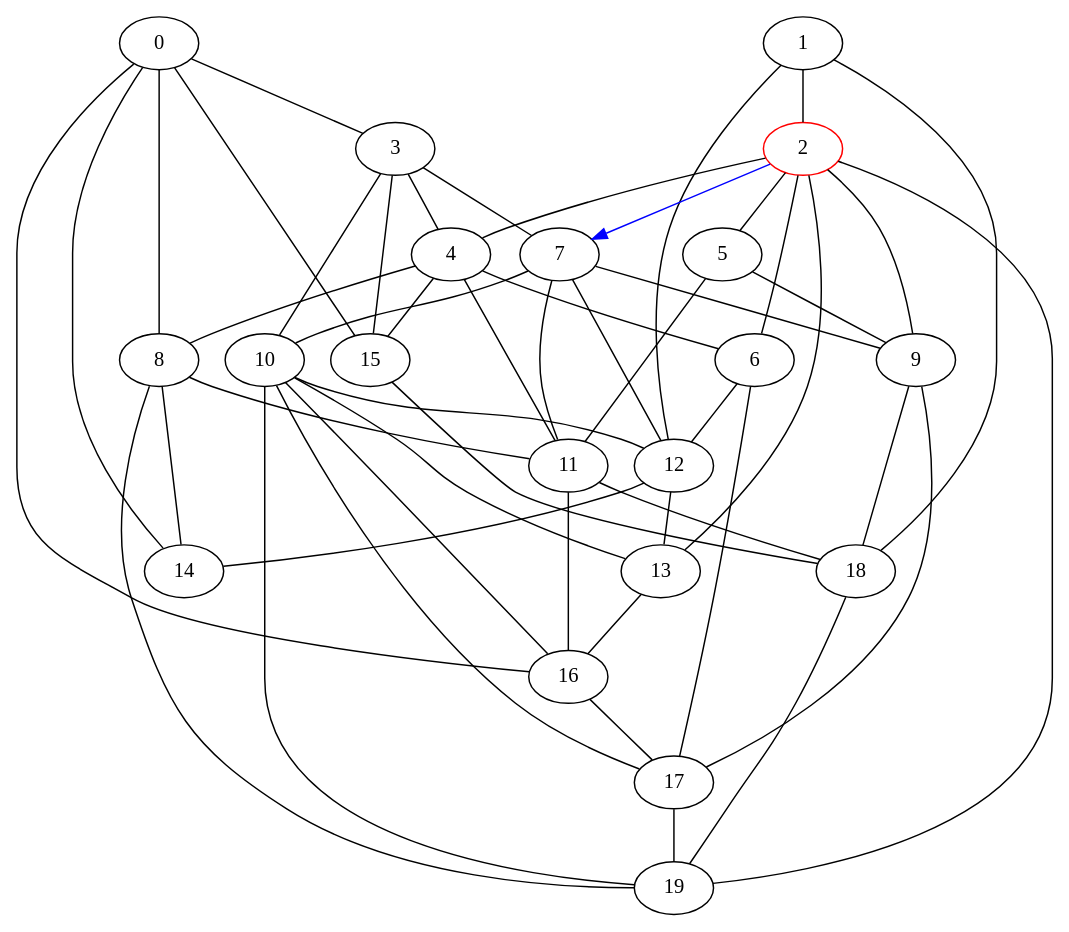
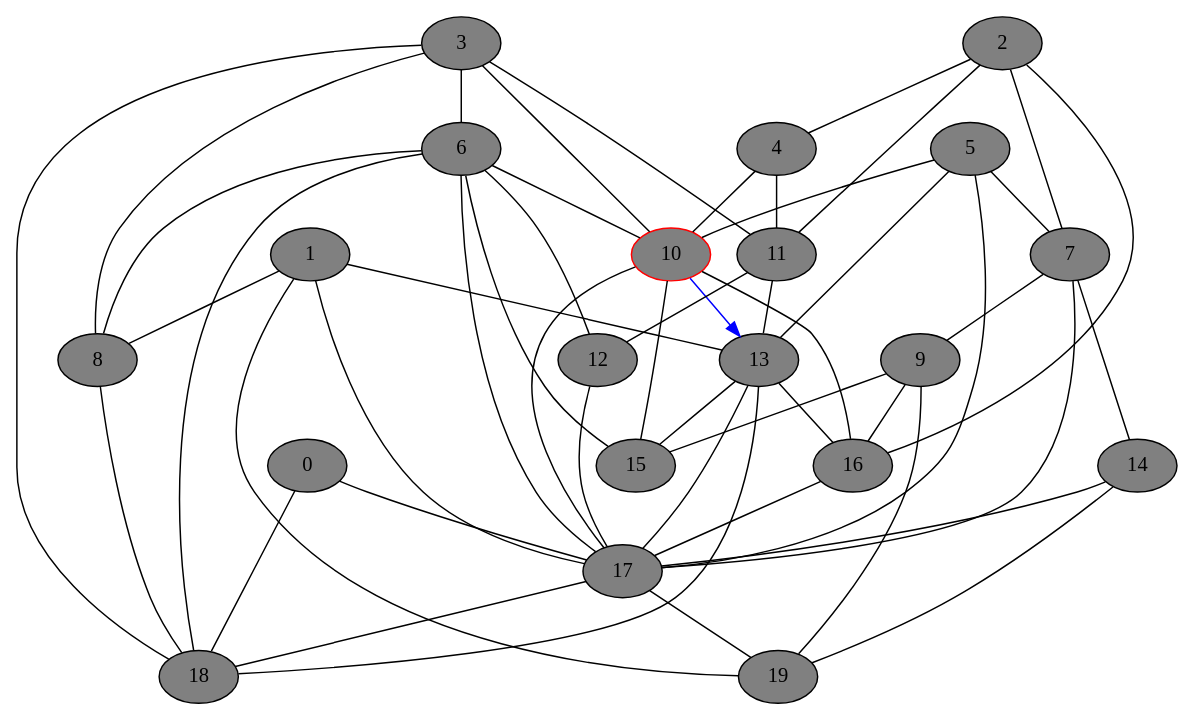
Before and after one commit to DSMishler/EBA_models: the diagram in gv_graphs/nxt0214.dot, drawn with Graphviz. The commit also changed 1043 other files, not shown here.

Commit message:
second set of graphs

```diff
--- a/gv_graphs/nxt0214.dot
+++ b/gv_graphs/nxt0214.dot
@@ -1,74 +1,74 @@
 // network test graph
 digraph
 {
-	0 [fillcolor=gray,style=shaded,]
-	1 [fillcolor=gray,style=shaded,]
-	2 [fillcolor=gray,style=shaded,color=red,]
-	3 [fillcolor=gray,style=shaded,]
-	4 [fillcolor=gray,style=shaded,]
-	5 [fillcolor=gray,style=shaded,]
-	6 [fillcolor=gray,style=shaded,]
-	7 [fillcolor=gray,style=shaded,]
-	8 [fillcolor=gray,style=shaded,]
-	9 [fillcolor=gray,style=shaded,]
-	10 [fillcolor=gray,style=shaded,]
-	11 [fillcolor=gray,style=shaded,]
-	12 [fillcolor=gray,style=shaded,]
-	13 [fillcolor=gray,style=shaded,]
-	14 [fillcolor=gray,style=shaded,]
-	15 [fillcolor=gray,style=shaded,]
-	16 [fillcolor=gray,style=shaded,]
-	17 [fillcolor=gray,style=shaded,]
-	18 [fillcolor=gray,style=shaded,]
-	19 [fillcolor=gray,style=shaded,]
-	0 -> 3 [dir=none]
-	0 -> 8 [dir=none]
-	0 -> 14 [dir=none]
-	0 -> 15 [dir=none]
-	0 -> 16 [dir=none]
-	1 -> 2 [dir=none]
-	1 -> 12 [dir=none]
-	1 -> 18 [dir=none]
+	0 [fillcolor=gray,style=filled,]
+	1 [fillcolor=gray,style=filled,]
+	2 [fillcolor=gray,style=filled,]
+	3 [fillcolor=gray,style=filled,]
+	4 [fillcolor=gray,style=filled,]
+	5 [fillcolor=gray,style=filled,]
+	6 [fillcolor=gray,style=filled,]
+	7 [fillcolor=gray,style=filled,]
+	8 [fillcolor=gray,style=filled,]
+	9 [fillcolor=gray,style=filled,]
+	10 [fillcolor=gray,style=filled,color=red,]
+	11 [fillcolor=gray,style=filled,]
+	12 [fillcolor=gray,style=filled,]
+	13 [fillcolor=gray,style=filled,]
+	14 [fillcolor=gray,style=filled,]
+	15 [fillcolor=gray,style=filled,]
+	16 [fillcolor=gray,style=filled,]
+	17 [fillcolor=gray,style=filled,]
+	18 [fillcolor=gray,style=filled,]
+	19 [fillcolor=gray,style=filled,]
+	0 -> 17 [dir=none]
+	0 -> 18 [dir=none]
+	1 -> 8 [dir=none]
+	1 -> 13 [dir=none]
+	1 -> 17 [dir=none]
+	1 -> 19 [dir=none]
 	2 -> 4 [dir=none]
-	2 -> 5 [dir=none]
-	2 -> 6 [dir=none]
-	2 -> 7 [dir=forward,color=blue,]
-	2 -> 9 [dir=none]
-	2 -> 13 [dir=none]
-	2 -> 19 [dir=none]
-	3 -> 4 [dir=none]
-	3 -> 7 [dir=none]
+	2 -> 7 [dir=none]
+	2 -> 11 [dir=none]
+	2 -> 16 [dir=none]
+	3 -> 6 [dir=none]
+	3 -> 8 [dir=none]
 	3 -> 10 [dir=none]
-	3 -> 15 [dir=none]
-	4 -> 6 [dir=none]
-	4 -> 8 [dir=none]
+	3 -> 11 [dir=none]
+	3 -> 18 [dir=none]
+	4 -> 10 [dir=none]
 	4 -> 11 [dir=none]
-	4 -> 15 [dir=none]
-	5 -> 9 [dir=none]
-	5 -> 11 [dir=none]
+	5 -> 7 [dir=none]
+	5 -> 10 [dir=none]
+	5 -> 13 [dir=none]
+	5 -> 17 [dir=none]
+	6 -> 8 [dir=none]
+	6 -> 10 [dir=none]
 	6 -> 12 [dir=none]
+	6 -> 15 [dir=none]
 	6 -> 17 [dir=none]
+	6 -> 18 [dir=none]
 	7 -> 9 [dir=none]
-	7 -> 10 [dir=none]
-	7 -> 11 [dir=none]
-	7 -> 12 [dir=none]
-	8 -> 11 [dir=none]
-	8 -> 14 [dir=none]
-	8 -> 19 [dir=none]
-	9 -> 17 [dir=none]
-	9 -> 18 [dir=none]
-	10 -> 12 [dir=none]
-	10 -> 13 [dir=none]
+	7 -> 14 [dir=none]
+	7 -> 17 [dir=none]
+	8 -> 18 [dir=none]
+	9 -> 15 [dir=none]
+	9 -> 16 [dir=none]
+	9 -> 19 [dir=none]
+	10 -> 13 [dir=forward,color=blue,]
+	10 -> 15 [dir=none]
 	10 -> 16 [dir=none]
 	10 -> 17 [dir=none]
-	10 -> 19 [dir=none]
-	11 -> 16 [dir=none]
-	11 -> 18 [dir=none]
-	12 -> 13 [dir=none]
-	12 -> 14 [dir=none]
+	11 -> 12 [dir=none]
+	11 -> 13 [dir=none]
+	12 -> 17 [dir=none]
+	13 -> 15 [dir=none]
 	13 -> 16 [dir=none]
-	15 -> 18 [dir=none]
+	13 -> 17 [dir=none]
+	13 -> 18 [dir=none]
+	14 -> 17 [dir=none]
+	14 -> 19 [dir=none]
 	16 -> 17 [dir=none]
+	17 -> 18 [dir=none]
 	17 -> 19 [dir=none]
-	18 -> 19 [dir=none]
 }
```
